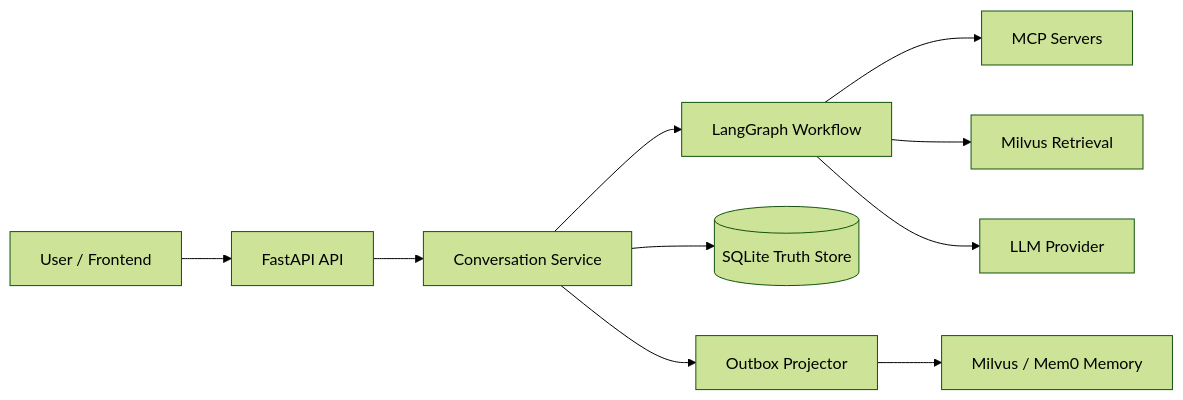
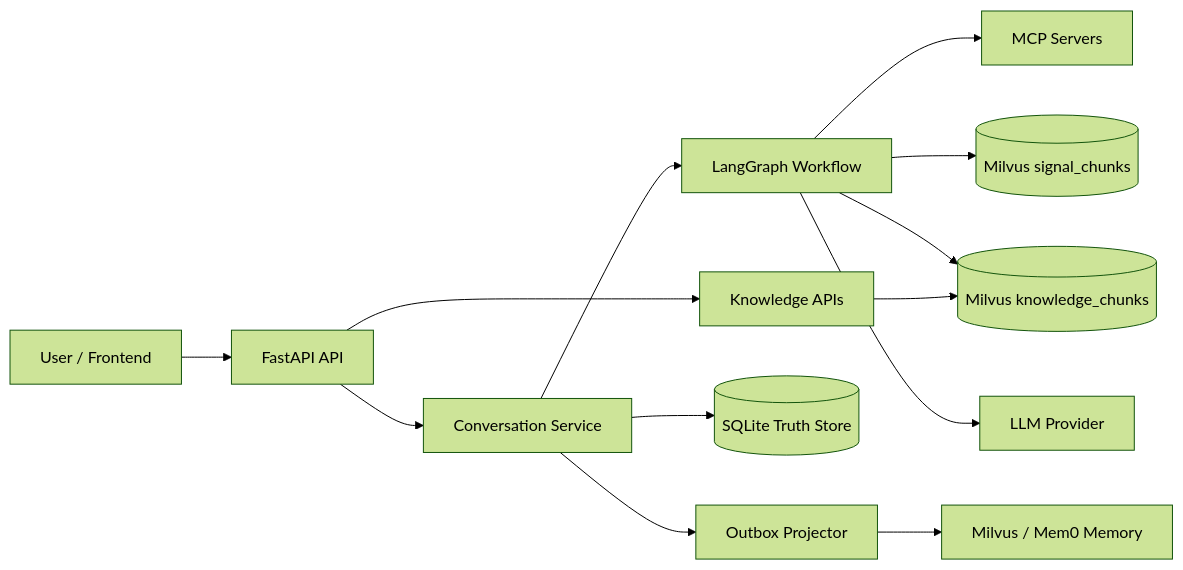
Before and after one commit to TeaBambooNGU/CryptoSignalAgent: the diagram in README.md, drawn with Mermaid (forest theme). The commit also changed other lines of this file and 26 other files, not shown here.

````diff
--- a/README.md
+++ b/README.md
@@ -69,12 +73,15 @@
 ```mermaid
 flowchart LR
     U[User / Frontend] --> API[FastAPI API]
     API --> CS[Conversation Service]
+    API --> KAPI[Knowledge APIs]
     CS --> G[LangGraph Workflow]
     G --> MCP[MCP Servers]
-    G --> RET[Milvus Retrieval]
+    G --> SIG[(Milvus signal_chunks)]
+    G --> KB[(Milvus knowledge_chunks)]
     G --> LLM[LLM Provider]
+    KAPI --> KB
     CS --> TRUTH[(SQLite Truth Store)]
     CS --> OUTBOX[Outbox Projector]
     OUTBOX --> MEM[Milvus / Mem0 Memory]
 ```
````
